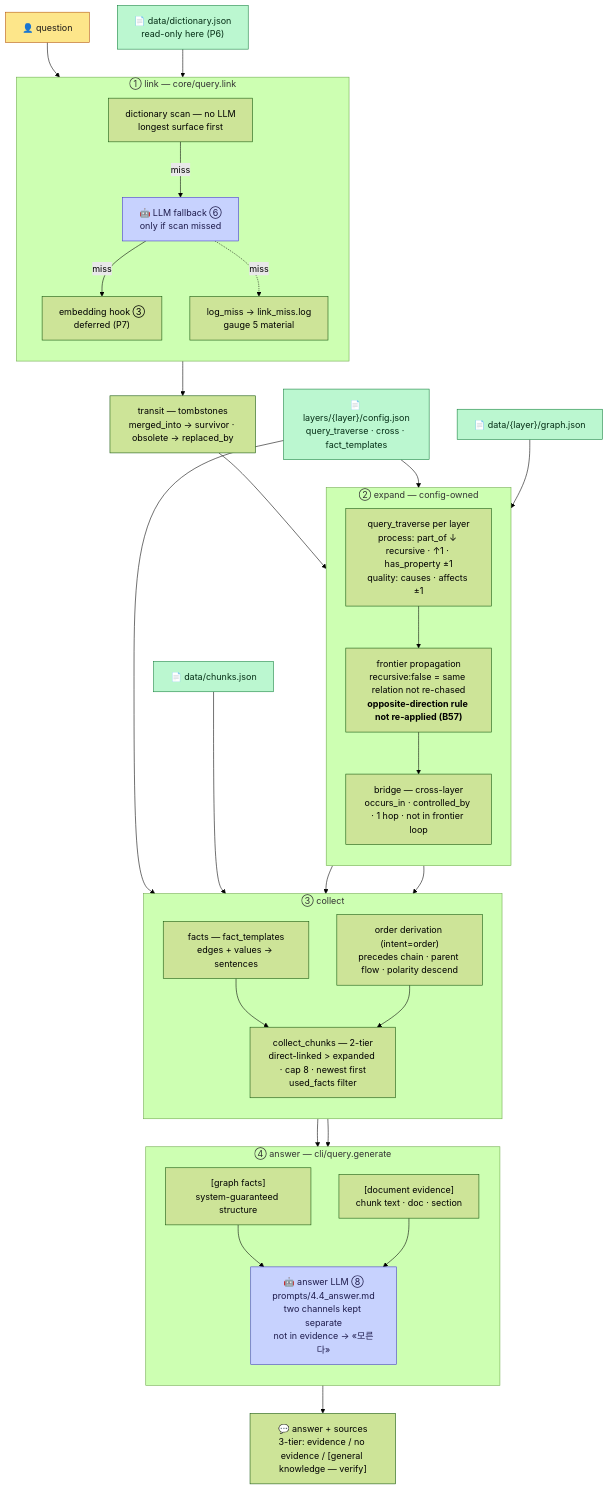
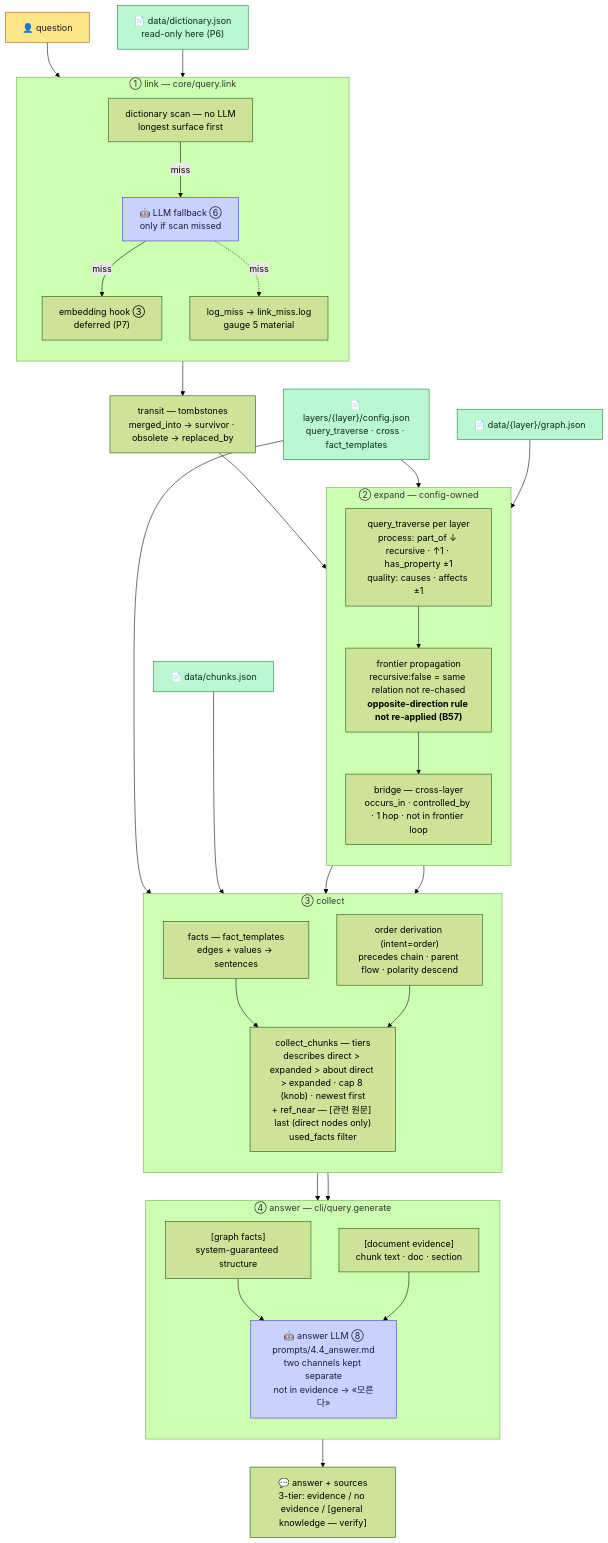
Before and after one commit to playjae0/ontology_system: the diagram in docs/구조도/04_질의.md, drawn with Mermaid (forest theme). The commit also changed other lines of this file and 31 other files, not shown here.

First line of the commit message:
B91 ⑥⑦(진행 중): 겸 집 불일치 경고 · 가이드·구조도 · D-172 · PROGRESS · B88 요청문 정리

````diff
--- a/docs/구조도/04_질의.md
+++ b/docs/구조도/04_질의.md
@@ -10,63 +10,63 @@
 ```mermaid
 flowchart TD
   QN["👤 question"]
 
   subgraph L["① link — core/query.link"]
     direction TB
     L1["dictionary scan — no LLM<br/>longest surface first"]
     L2["🤖 LLM fallback ⑥<br/>only if scan missed"]
     L3["embedding hook ③<br/>deferred (P7)"]
     L1 -- "miss" --> L2 -- "miss" --> L3
     LM["log_miss → link_miss.log<br/>gauge 5 material"]
     L2 -. "miss" .-> LM
   end
   QN --> L1
 
   TR["transit — tombstones<br/>merged_into → survivor · obsolete → replaced_by"]
   L --> TR
 
   subgraph E["② expand — config-owned"]
     direction TB
     E1["query_traverse per layer<br/>process: part_of ↓ recursive · ↑1 · has_property ±1<br/>quality: causes · affects ±1"]
     E2["frontier propagation<br/>recursive:false = same relation not re-chased<br/><b>opposite-direction rule not re-applied (B57)</b>"]
     E3["bridge — cross-layer<br/>occurs_in · controlled_by · 1 hop · not in frontier loop"]
     E1 --> E2 --> E3
   end
   TR --> E1
 
   subgraph C["③ collect"]
     direction TB
     C1["facts — fact_templates<br/>edges + values → sentences"]
     C2["order derivation (intent=order)<br/>precedes chain · parent flow · polarity descend"]
-    C3["collect_chunks — 2-tier<br/>direct-linked > expanded · cap 8 · newest first<br/>used_facts filter"]
+    C3["collect_chunks — tiers<br/>describes direct > expanded > about direct > expanded · cap 8 (knob) · newest first<br/>+ ref_near — [관련 원문] last (direct nodes only)<br/>used_facts filter"]
     C1 --> C3
     C2 --> C3
   end
   E --> C1
   E --> C2
 
   subgraph A["④ answer — cli/query.generate"]
     direction TB
     CH1["[graph facts]<br/>system-guaranteed structure"]
     CH2["[document evidence]<br/>chunk text · doc · section"]
     AN["🤖 answer LLM ⑧<br/>prompts/4.4_answer.md<br/>two channels kept separate<br/>not in evidence → «모른다»"]
     CH1 --> AN
     CH2 --> AN
   end
   C3 --> CH1
   C3 --> CH2
   AN --> OUT["💬 answer + sources<br/>3-tier: evidence / no evidence / [general knowledge — verify]"]
 
   CFG["📄 layers/{layer}/config.json<br/>query_traverse · cross · fact_templates"] --> E1
   CFG --> C1
   DICT["📄 data/dictionary.json<br/>read-only here (P6)"] --> L1
   GR["📄 data/{layer}/graph.json"] --> E1
   CK["📄 data/chunks.json"] --> C3
 
   classDef llm fill:#c7d2fe,stroke:#4338ca,color:#1e1b4b
   classDef asset fill:#bbf7d0,stroke:#15803d,color:#052e16
   classDef human fill:#fde68a,stroke:#b45309,color:#1c1917
   class L2,AN llm
   class CFG,DICT,GR,CK asset
   class QN human
 ```
````
